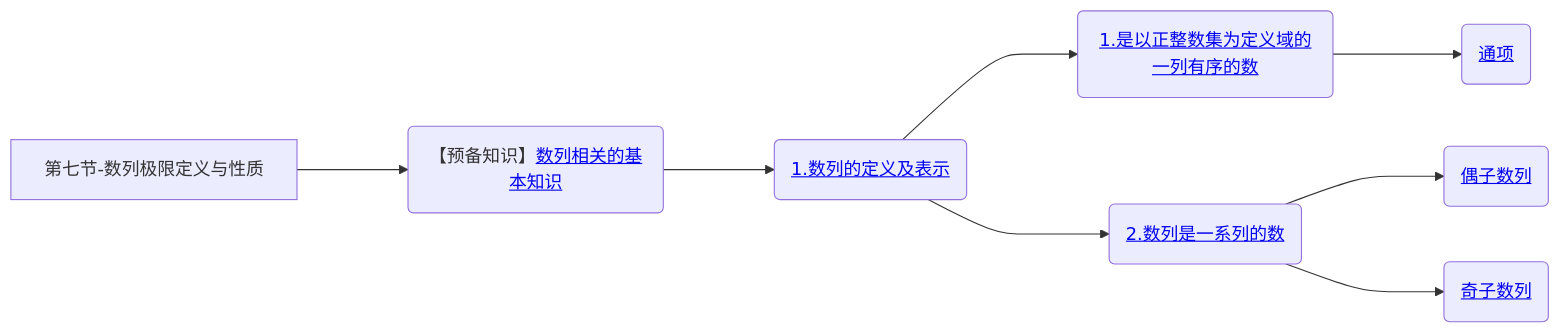
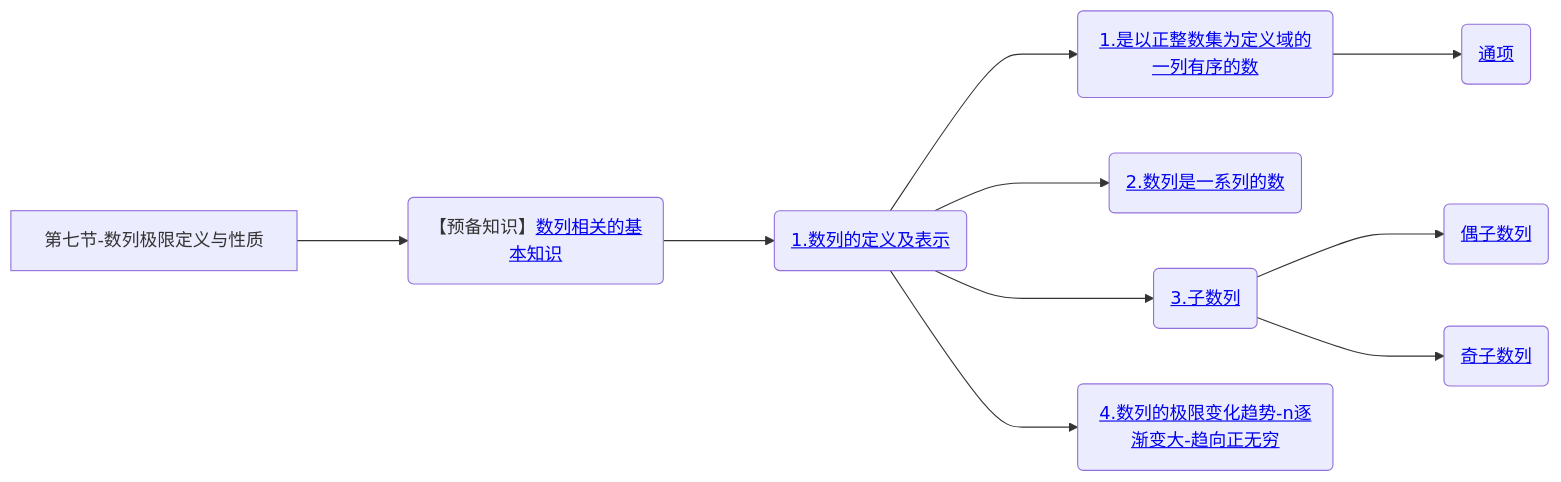
The seventh of 7 diagrams in 笔记/数学/周洋鑫/01.基础班思维导图.md (yuebinghui/note), drawn with Mermaid before and after one commit. The commit also changed 8 other files, not shown here.

````diff
--- a/笔记/数学/周洋鑫/01.基础班思维导图.md
+++ b/笔记/数学/周洋鑫/01.基础班思维导图.md
@@ -255,13 +255,17 @@
 ```mermaid
 graph LR
 第七节-数列极限定义与性质
 
 第七节-数列极限定义与性质--->数列相关的基本知识(【预备知识】<a href="/Users/yuebinghui/Documents/program/github/note/笔记/数学/周洋鑫/基础班/07.数列极限定义与性质.md#数列相关的基本知识">数列相关的基本知识</>)
 数列相关的基本知识--->1.数列的定义及表示(<a href="/Users/yuebinghui/Documents/program/github/note/笔记/数学/周洋鑫/基础班/07.数列极限定义与性质.md#1.数列的定义及表示">1.数列的定义及表示</>)
 1.数列的定义及表示--->1.是以正整数集为定义域的一列有序的数(<a href="/Users/yuebinghui/Documents/program/github/note/笔记/数学/周洋鑫/基础班/07.数列极限定义与性质.md#1.是以正整数集为定义域的一列有序的数">1.是以正整数集为定义域的一列有序的数</>)
 1.是以正整数集为定义域的一列有序的数--->通项(<a href="/Users/yuebinghui/Documents/program/github/note/笔记/数学/周洋鑫/基础班/07.数列极限定义与性质.md#通项">通项</>)
 
 1.数列的定义及表示--->2.数列是一系列的数(<a href="/Users/yuebinghui/Documents/program/github/note/笔记/数学/周洋鑫/基础班/07.数列极限定义与性质.md#2.数列是一系列的数">2.数列是一系列的数</>)
-2.数列是一系列的数--->偶子数列(<a href="/Users/yuebinghui/Documents/program/github/note/笔记/数学/周洋鑫/基础班/07.数列极限定义与性质.md#偶子数列">偶子数列</>)
-2.数列是一系列的数--->奇子数列(<a href="/Users/yuebinghui/Documents/program/github/note/笔记/数学/周洋鑫/基础班/07.数列极限定义与性质.md#奇子数列">奇子数列</>)
+
+1.数列的定义及表示--->3.子数列(<a href="/Users/yuebinghui/Documents/program/github/note/笔记/数学/周洋鑫/基础班/07.数列极限定义与性质.md#3.子数列">3.子数列</>)
+3.子数列--->偶子数列(<a href="/Users/yuebinghui/Documents/program/github/note/笔记/数学/周洋鑫/基础班/07.数列极限定义与性质.md#偶子数列">偶子数列</>)
+3.子数列--->奇子数列(<a href="/Users/yuebinghui/Documents/program/github/note/笔记/数学/周洋鑫/基础班/07.数列极限定义与性质.md#奇子数列">奇子数列</>)
+
+1.数列的定义及表示--->4.数列的极限变化趋势-n逐渐变大-趋向正无穷(<a href="/Users/yuebinghui/Documents/program/github/note/笔记/数学/周洋鑫/基础班/07.数列极限定义与性质.md#4.数列的极限变化趋势-n逐渐变大-趋向正无穷">4.数列的极限变化趋势-n逐渐变大-趋向正无穷</>)
 ```
````
